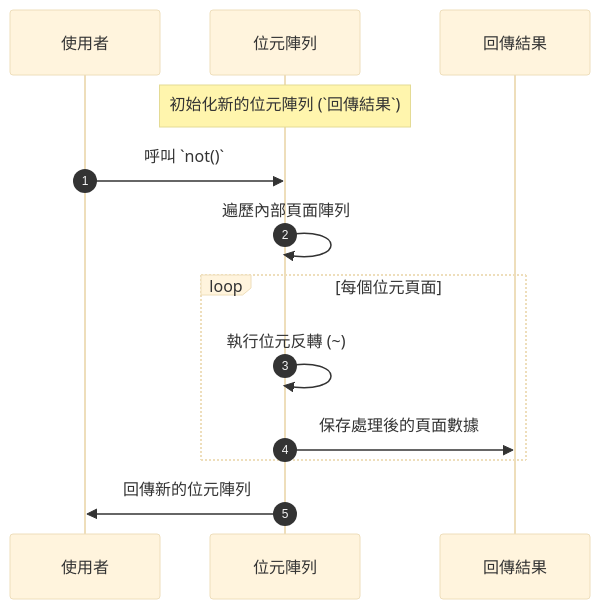
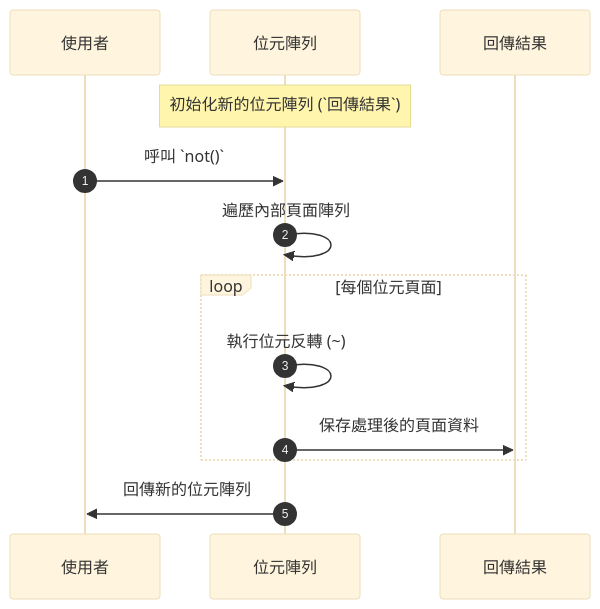
The third of 17 diagrams in docs/位元陣列.md (leoshiang/dx-core), drawn with Mermaid (base theme) before and after one commit. The commit also changed other lines of this file and 1 other file, not shown here.

````diff
--- a/docs/位元陣列.md
+++ b/docs/位元陣列.md
@@ -162,14 +158,14 @@
 ```mermaid
 sequenceDiagram
     autoNumber
     participant 使用者
     participant 位元陣列
     note over 位元陣列: 初始化新的位元陣列 (`回傳結果`)
     使用者 ->> 位元陣列: 呼叫 `not()`
     位元陣列 ->> 位元陣列: 遍歷內部頁面陣列
     loop 每個位元頁面
         位元陣列 ->> 位元陣列: 執行位元反轉 (~)
-        位元陣列 ->> 回傳結果: 保存處理後的頁面數據
+        位元陣列 ->> 回傳結果: 保存處理後的頁面資料
     end
     位元陣列 ->> 使用者: 回傳新的位元陣列
 ```
````
